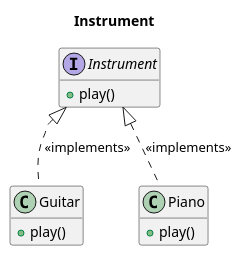
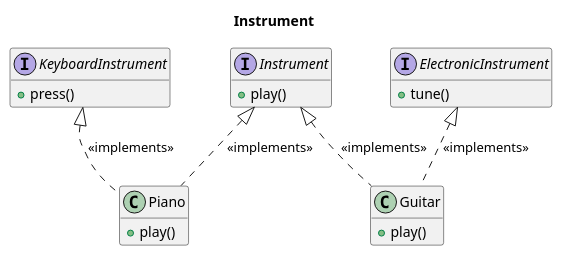
One commit to Nurettin-Kaplan/OOPExercises changed the diagram in UMLs/05_InstrumentModel.wsd. Above: the diagram before and after it, drawn with PlantUML.

Commit message:
The 'InstrumentApp' application was extended in the UML diagram to include electronic and keyboard instruments.

```diff
--- a/UMLs/05_InstrumentModel.wsd
+++ b/UMLs/05_InstrumentModel.wsd
@@ -1,20 +1,30 @@
 @startuml
 title Instrument
 
 interface Instrument{
     +play()
+}
+
+interface ElectronicInstrument{
+    +tune()
+}
+
+interface KeyboardInstrument{
+    +press()
 }
 
 class Guitar{
     +play()
 }
 
 class Piano{
     +play()
 }
 
 Guitar .up.|> Instrument : <<implements>>
+Guitar .up.|> ElectronicInstrument : <<implements>>
 Piano .up.|> Instrument : <<implements>>
+Piano .up.|> KeyboardInstrument : <<implements>>
 
 hide empty members
 @enduml
```
